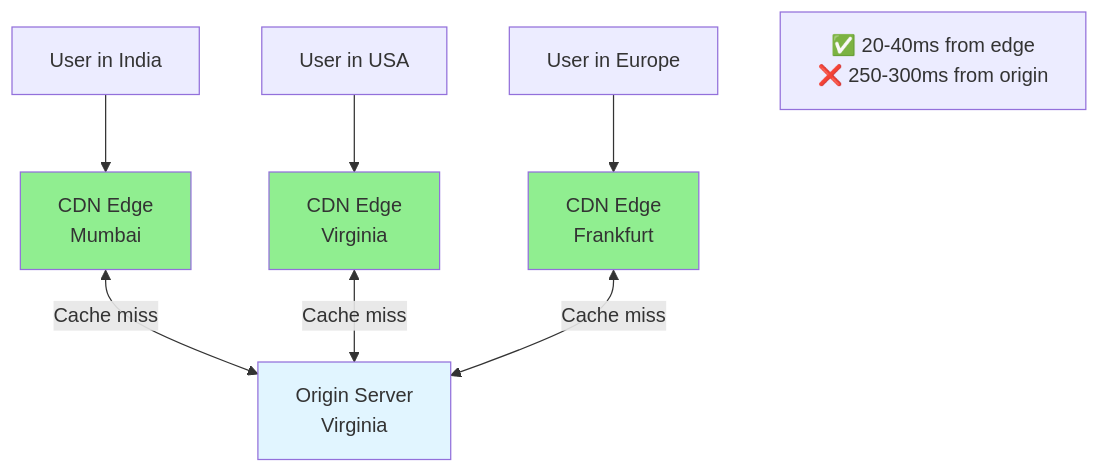
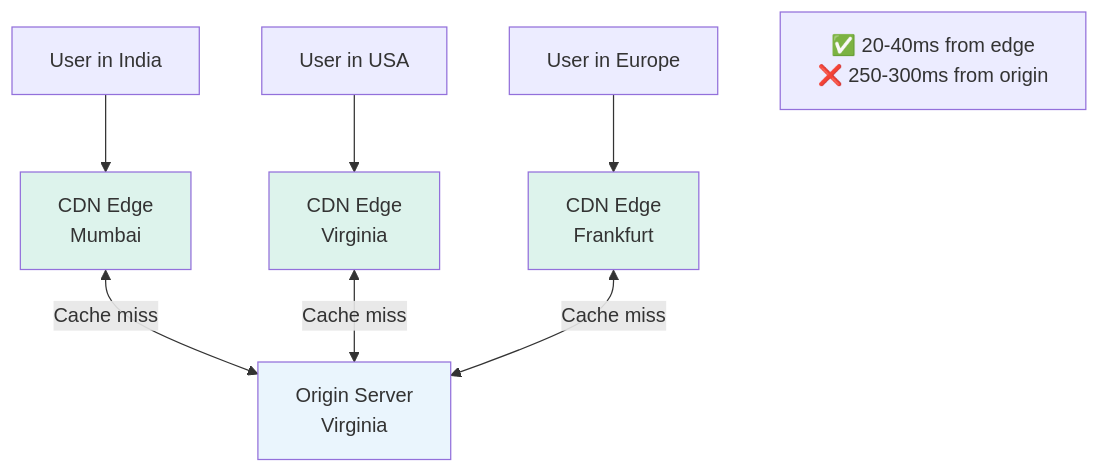
Before and after one commit to cartmancodes/InterviewVault: the sixth of 47 diagrams in LLD/CoreConcepts/Caching.md, drawn with Mermaid. The commit also changed other lines of this file and 679 other files, not shown here.

Commit message:
Unify content diagrams and add accessible visual walkthroughs

````diff
--- a/LLD/CoreConcepts/Caching.md
+++ b/LLD/CoreConcepts/Caching.md
@@ -183,21 +183,21 @@
 ```mermaid
 graph TB
     USER1[User in India]
     USER2[User in USA]
     USER3[User in Europe]
     
     USER1 --> EDGE1[CDN Edge<br/>Mumbai]
     USER2 --> EDGE2[CDN Edge<br/>Virginia]
     USER3 --> EDGE3[CDN Edge<br/>Frankfurt]
     
     EDGE1 <-->|Cache miss| ORIGIN[Origin Server<br/>Virginia]
     EDGE2 <-->|Cache miss| ORIGIN
     EDGE3 <-->|Cache miss| ORIGIN
     
     NOTE[✅ 20-40ms from edge<br/>❌ 250-300ms from origin]
     
-    style EDGE1 fill:#90EE90
-    style EDGE2 fill:#90EE90
-    style EDGE3 fill:#90EE90
-    style ORIGIN fill:#e1f5ff
+    style EDGE1 fill:#DDF3EC
+    style EDGE2 fill:#DDF3EC
+    style EDGE3 fill:#DDF3EC
+    style ORIGIN fill:#EAF5FD
 ```
````
